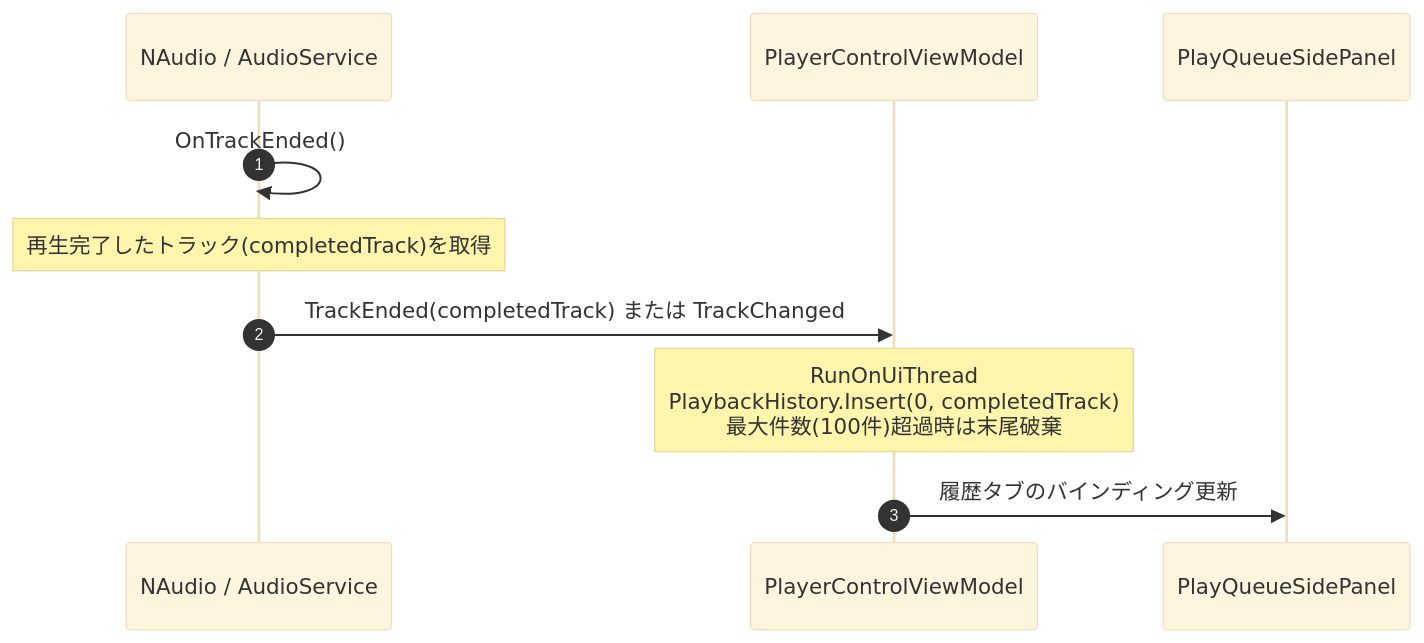
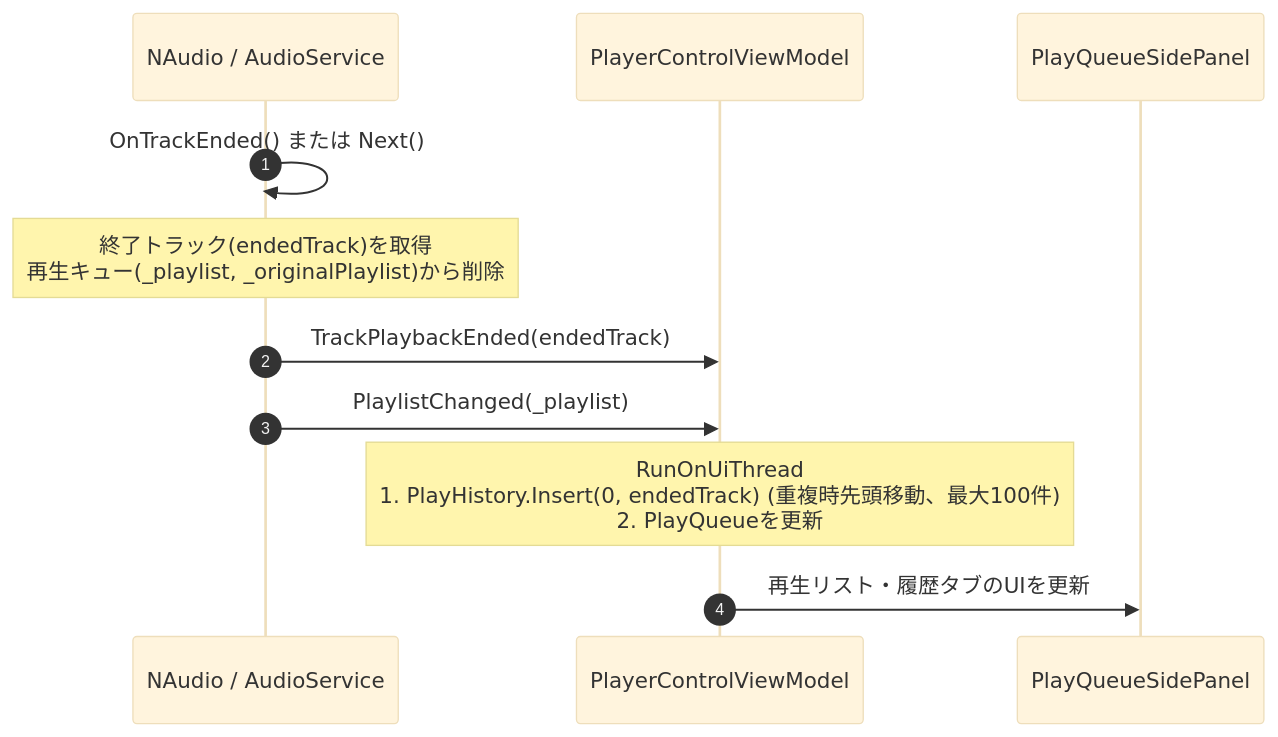
Before and after one commit to taketonnbo/Audio_Effector: the fourth of 5 diagrams in 設計/詳細設計/再生キュー.md, drawn with Mermaid (base theme). The commit also changed other lines of this file and 2 other files, not shown here.

````diff
--- a/設計/詳細設計/再生キュー.md
+++ b/設計/詳細設計/再生キュー.md
@@ -160,13 +160,14 @@
 ```mermaid
 sequenceDiagram
     autonumber
     participant Audio as NAudio / AudioService
     participant CtrlVM as PlayerControlViewModel
     participant View as PlayQueueSidePanel
 
-    Audio->>Audio: OnTrackEnded()
-    Note over Audio: 再生完了したトラック(completedTrack)を取得
-    Audio->>CtrlVM: TrackEnded(completedTrack) または TrackChanged
-    Note over CtrlVM: RunOnUiThread<br/>PlaybackHistory.Insert(0, completedTrack)<br/>最大件数(100件)超過時は末尾破棄
-    CtrlVM->>View: 履歴タブのバインディング更新
+    Audio->>Audio: OnTrackEnded() または Next()
+    Note over Audio: 終了トラック(endedTrack)を取得<br/>再生キュー(_playlist, _originalPlaylist)から削除
+    Audio->>CtrlVM: TrackPlaybackEnded(endedTrack)
+    Audio->>CtrlVM: PlaylistChanged(_playlist)
+    Note over CtrlVM: RunOnUiThread<br/>1. PlayHistory.Insert(0, endedTrack) (重複時先頭移動、最大100件)<br/>2. PlayQueueを更新
+    CtrlVM->>View: 再生リスト・履歴タブのUIを更新
 ```
````
